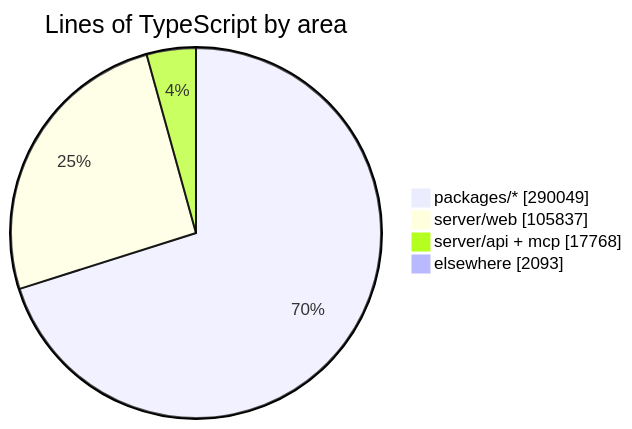
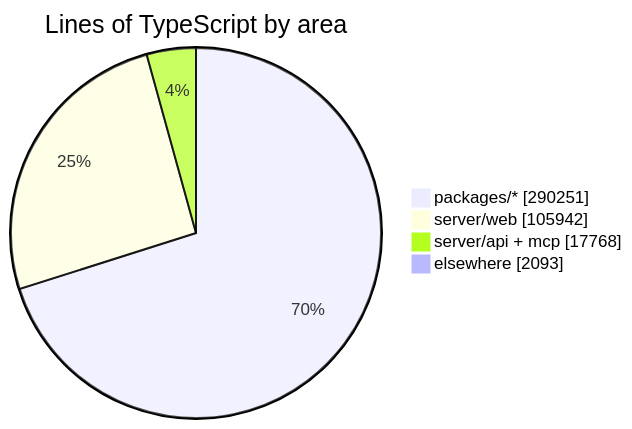
The diagram in README.md (crossworks-engineering/mantle), drawn with Mermaid before and after one commit. The commit also changed other lines of this file and 2 other files, not shown here.

````diff
--- a/README.md
+++ b/README.md
@@ -294,7 +294,7 @@
 ```mermaid
 pie showData title Lines of TypeScript by area
-    "packages/*" : 290049
-    "server/web" : 105837
+    "packages/*" : 290251
+    "server/web" : 105942
     "server/api + mcp" : 17768
     "elsewhere" : 2093
 ```
````
